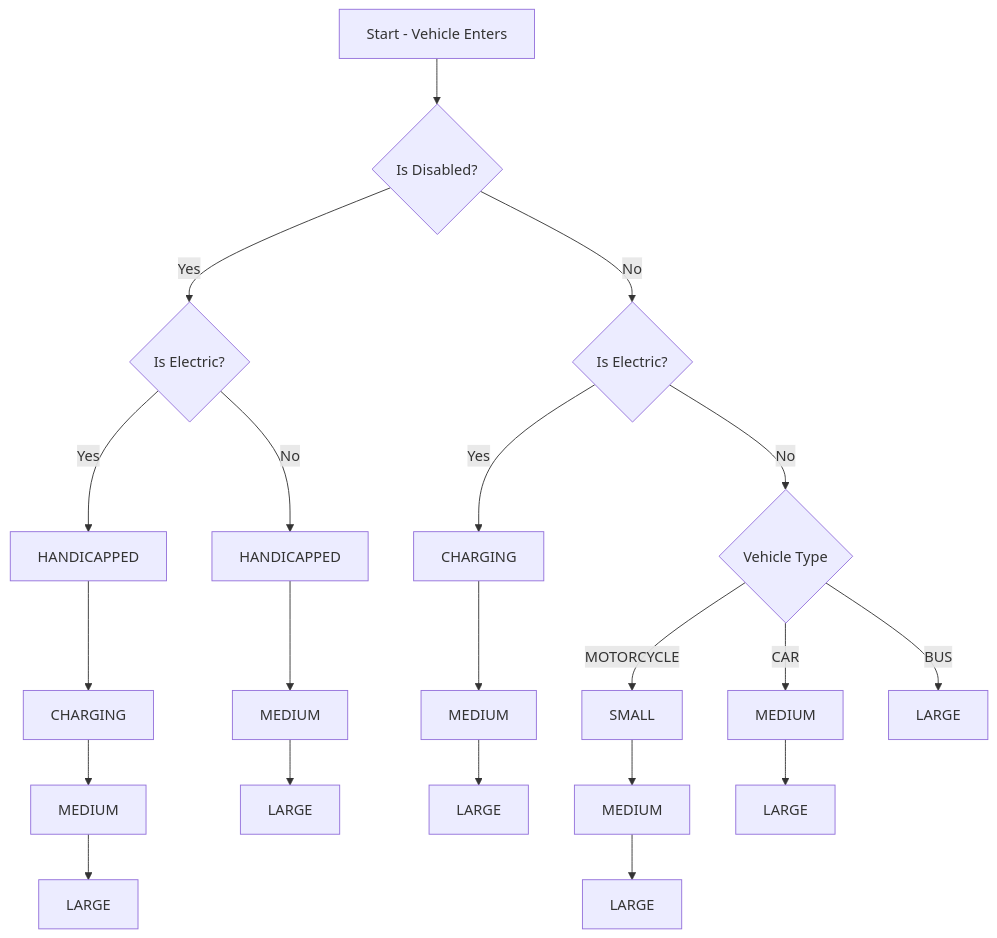
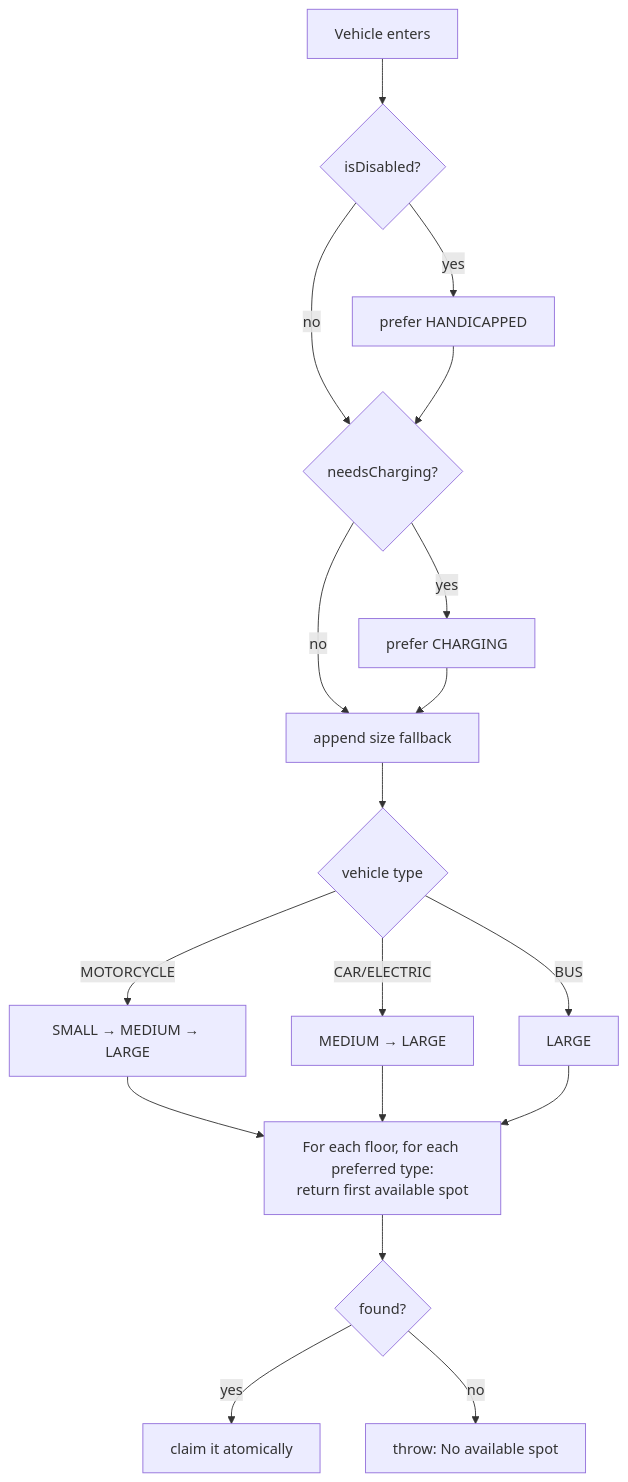
Before and after one commit to geopjinfo/parking-lot-lld: the third of 3 diagrams in ReadMe.md, drawn with Mermaid. The commit also changed other lines of this file and 26 other files, not shown here.

````diff
--- a/ReadMe.md
+++ b/ReadMe.md
@@ -162,22 +232,22 @@
 ```mermaid
 flowchart TD
-    A[Start - Vehicle Enters] --> B{Is Disabled?}
-    
-    B -- Yes --> C1{Is Electric?}
-    B -- No  --> D1{Is Electric?}
+    A[Vehicle enters] --> B{isDisabled?}
+    B -- yes --> P1[prefer HANDICAPPED]
+    B -- no --> C
+    P1 --> C{needsCharging?}
+    C -- yes --> P2[prefer CHARGING]
+    C -- no --> D
+    P2 --> D[append size fallback]
 
-    %% Disabled + Electric
-    C1 -- Yes --> E1[HANDICAPPED] --> E2[CHARGING] --> E3[MEDIUM] --> E4[LARGE]
-    %% Disabled + Not Electric
-    C1 -- No --> F1[HANDICAPPED] --> F2[MEDIUM] --> F3[LARGE]
+    D --> E{vehicle type}
+    E -- MOTORCYCLE --> F1[SMALL → MEDIUM → LARGE]
+    E -- CAR/ELECTRIC --> F2[MEDIUM → LARGE]
+    E -- BUS --> F3[LARGE]
 
-    %% Not Disabled + Electric
-    D1 -- Yes --> G1[CHARGING] --> G2[MEDIUM] --> G3[LARGE]
-    %% Not Disabled + Not Electric
-    D1 -- No --> H1{Vehicle Type}
-
-    H1 -- MOTORCYCLE --> I1[SMALL] --> I2[MEDIUM] --> I3[LARGE]
-    H1 -- CAR --> J1[MEDIUM] --> J2[LARGE]
-    H1 -- BUS --> K1[LARGE]
-
+    F1 --> G
+    F2 --> G
+    F3 --> G[For each floor, for each preferred type:<br/>return first available spot]
+    G --> H{found?}
+    H -- yes --> I[claim it atomically]
+    H -- no --> J[throw: No available spot]
 ```
````
